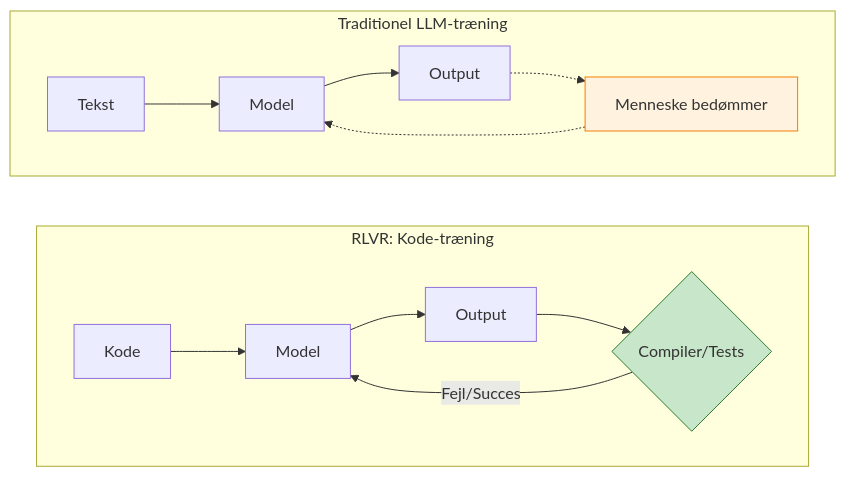
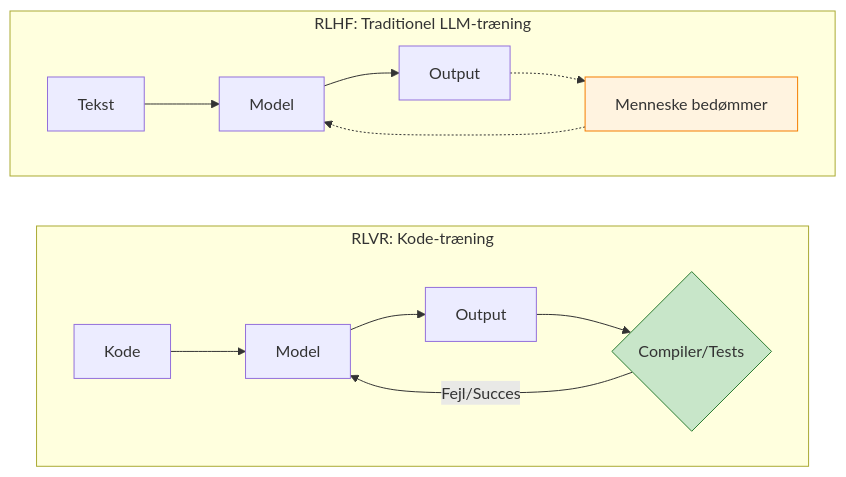
One commit to delegateas/agentic-swe-workshops changed the diagram in images/ai-training-loop.mmd. Above: the diagram before and after it, drawn with Mermaid. The commit also changed 1 other file, not shown here.

Commit message:
docs: clarify RLHF label in training loop diagram
Add explicit "RLHF:" prefix to the traditional LLM training subgraph
to make the contrast with RLVR clearer for workshop participants.

```diff
--- a/images/ai-training-loop.mmd
+++ b/images/ai-training-loop.mmd
@@ -1,19 +1,19 @@
 flowchart TB
-    subgraph Traditionel["Traditionel LLM-træning"]
+    subgraph Traditionel["RLHF: Traditionel LLM-træning"]
         direction LR
         A1[Tekst] --> B1[Model] --> C1[Output]
         C1 -.-> D1[Menneske bedømmer]
         D1 -.-> B1
     end
 
     subgraph RLVR["RLVR: Kode-træning"]
         direction LR
         A2[Kode] --> B2[Model] --> C2[Output]
         C2 --> D2{Compiler/Tests}
         D2 -->|Fejl/Succes| B2
     end
 
     Traditionel ~~~ RLVR
 
     style D2 fill:#c8e6c9,stroke:#2e7d32
     style D1 fill:#fff3e0,stroke:#f57c00
```
